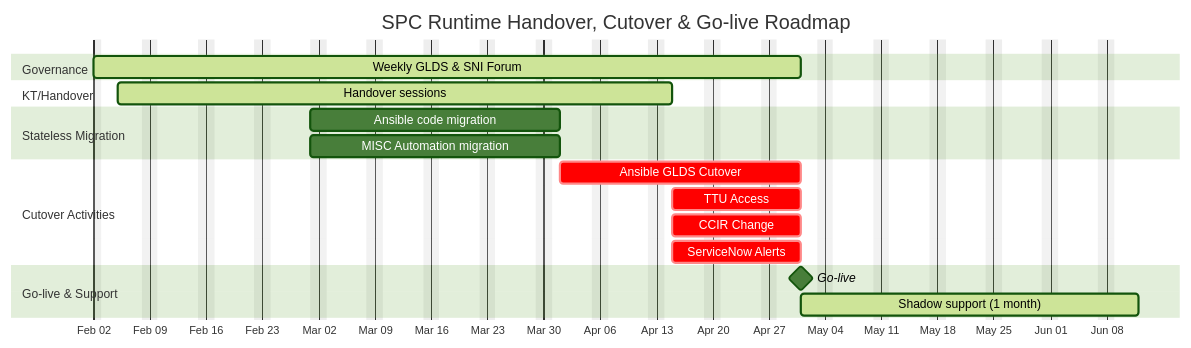
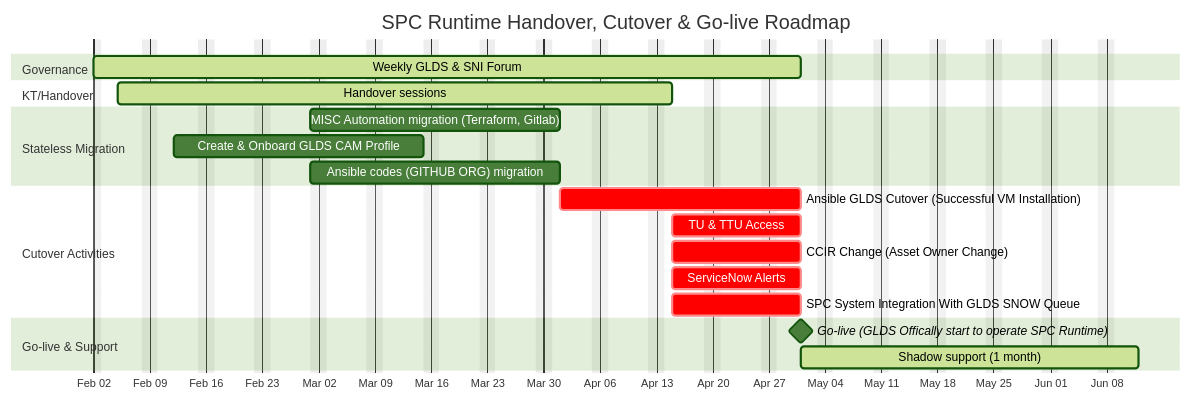
The diagram in docs/Documentation_Solution/Mermaid.md (velocityX-br/devops-hackathons), drawn with Mermaid before and after one commit. The commit also changed other lines of this file and 15 other files, not shown here.

````diff
--- a/docs/Documentation_Solution/Mermaid.md
+++ b/docs/Documentation_Solution/Mermaid.md
@@ -6,27 +9,29 @@
 ```mermaid
 ---
 config:
   theme: forest
   themeVariables: {}
 ---
 gantt
     title       SPC Runtime Handover, Cutover & Go-live Roadmap
     dateFormat  YYYY-MM-DD
     axisFormat  %b %d
     excludes    weekends
     section Governance
     Weekly GLDS & SNI Forum : active, g1, 2025-02-02, 2025-05-01
     section KT/Handover
     Handover sessions : active, b1, 2025-02-05, 2025-04-15
     section Stateless Migration
-    Ansible code migration :  t1, 2025-03-01, 2025-04-01
-    MISC Automation migration : t2, 2025-03-01, 2025-04-01
+    MISC Automation migration (Terraform, Gitlab) : t2, 2025-03-01, 2025-04-01
+    Create & Onboard GLDS CAM Profile : t2, 2025-02-12, 2025-03-15
+    Ansible codes (GITHUB ORG) migration :  t1, 2025-03-01, 2025-04-01
     section Cutover Activities
-    Ansible GLDS Cutover : crit, c1,  2025-04-01, 2025-05-01
-    TTU Access : crit, c2, 2025-04-15, 2025-05-01
-    CCIR Change : crit, c3, 2025-04-15, 2025-05-01
+    Ansible GLDS Cutover (Successful VM Installation) : crit, c1,  2025-04-01, 2025-05-01
+    TU & TTU Access : crit, c2, 2025-04-15, 2025-05-01
+    CCIR Change (Asset Owner Change) : crit, c3, 2025-04-15, 2025-05-01
     ServiceNow Alerts : crit, c4, 2025-04-15, 2025-05-01
+    SPC System Integration With GLDS SNOW Queue : crit, 5, 2025-04-15, 2025-05-01
     section Go-live & Support
-    Go-live : milestone, m1, 2025-05-01, 0d
+    Go-live (GLDS Offically start to operate SPC Runtime) : milestone, m1, 2025-05-01, 0d
     Shadow support (1 month) : active, s1, after m1, 30d
 ```
````
